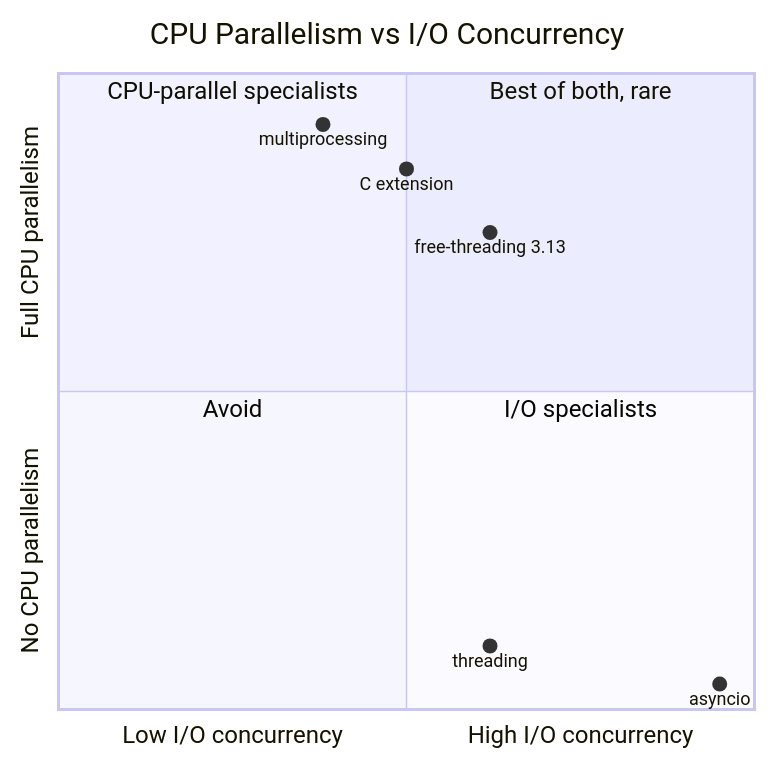
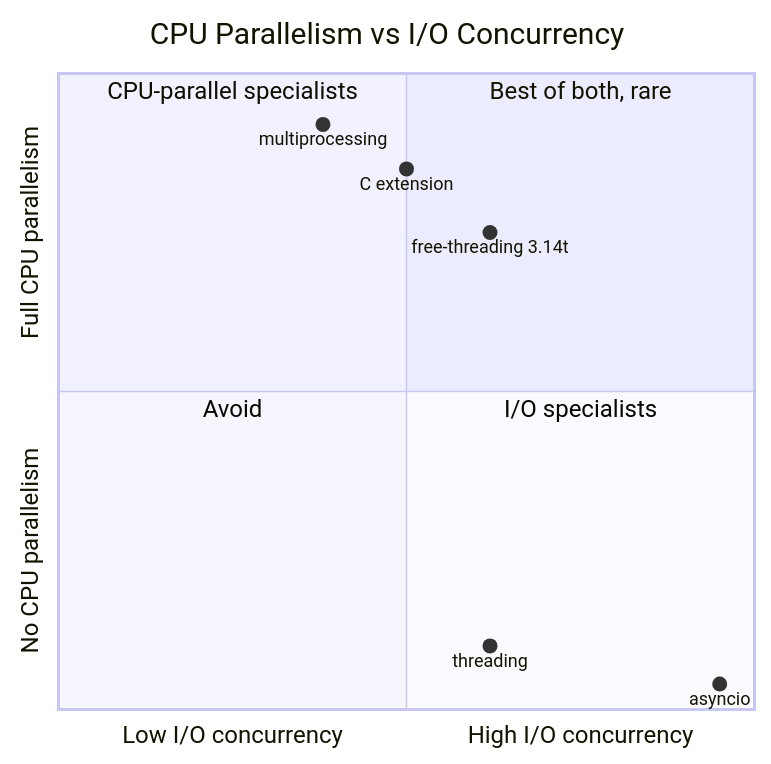
Before and after one commit to rppol/system-design: the sixth of 7 diagrams in src/main/java/com/rutik/systemdesign/python/the_gil_and_free_threading/README.md, drawn with Mermaid. The commit also changed other lines of this file and 3 other files, not shown here.

````diff
--- a/src/main/java/com/rutik/systemdesign/python/the_gil_and_free_threading/README.md
+++ b/src/main/java/com/rutik/systemdesign/python/the_gil_and_free_threading/README.md
@@ -593,15 +639,15 @@
 ```mermaid
 quadrantChart
     title CPU Parallelism vs I/O Concurrency
     x-axis Low I/O concurrency --> High I/O concurrency
     y-axis No CPU parallelism --> Full CPU parallelism
     quadrant-1 Best of both, rare
     quadrant-2 CPU-parallel specialists
     quadrant-3 Avoid
     quadrant-4 I/O specialists
     threading: [0.62, 0.10]
     asyncio: [0.95, 0.04]
     multiprocessing: [0.38, 0.92]
     "C extension": [0.50, 0.85]
-    "free-threading 3.13": [0.62, 0.75]
+    "free-threading 3.14t": [0.62, 0.75]
 ```
````
